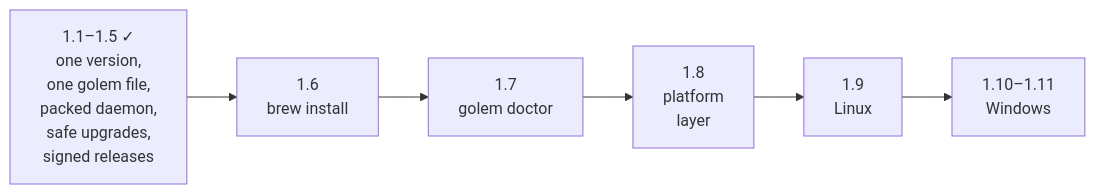
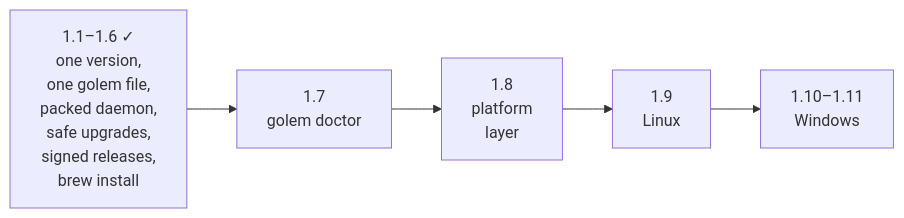
Diagram 13 of 13 in docs/sre.md (MilanPavel/golem), drawn with Mermaid before and after one commit. The commit also changed other lines of this file and 12 other files, not shown here.

Commit message:
Install - brew install from a tap

````diff
--- a/docs/sre.md
+++ b/docs/sre.md
@@ -658,4 +703,4 @@
 ```mermaid
 flowchart LR
-  done["1.1–1.5 ✓<br/>one version,<br/>one golem file,<br/>packed daemon,<br/>safe upgrades,<br/>signed releases"] --> s16["1.6<br/>brew install"] --> s17["1.7<br/>golem doctor"] --> s18["1.8<br/>platform<br/>layer"] --> s19["1.9<br/>Linux"] --> s110["1.10–1.11<br/>Windows"]
+  done["1.1–1.6 ✓<br/>one version,<br/>one golem file,<br/>packed daemon,<br/>safe upgrades,<br/>signed releases,<br/>brew install"] --> s17["1.7<br/>golem doctor"] --> s18["1.8<br/>platform<br/>layer"] --> s19["1.9<br/>Linux"] --> s110["1.10–1.11<br/>Windows"]
 ```
````
